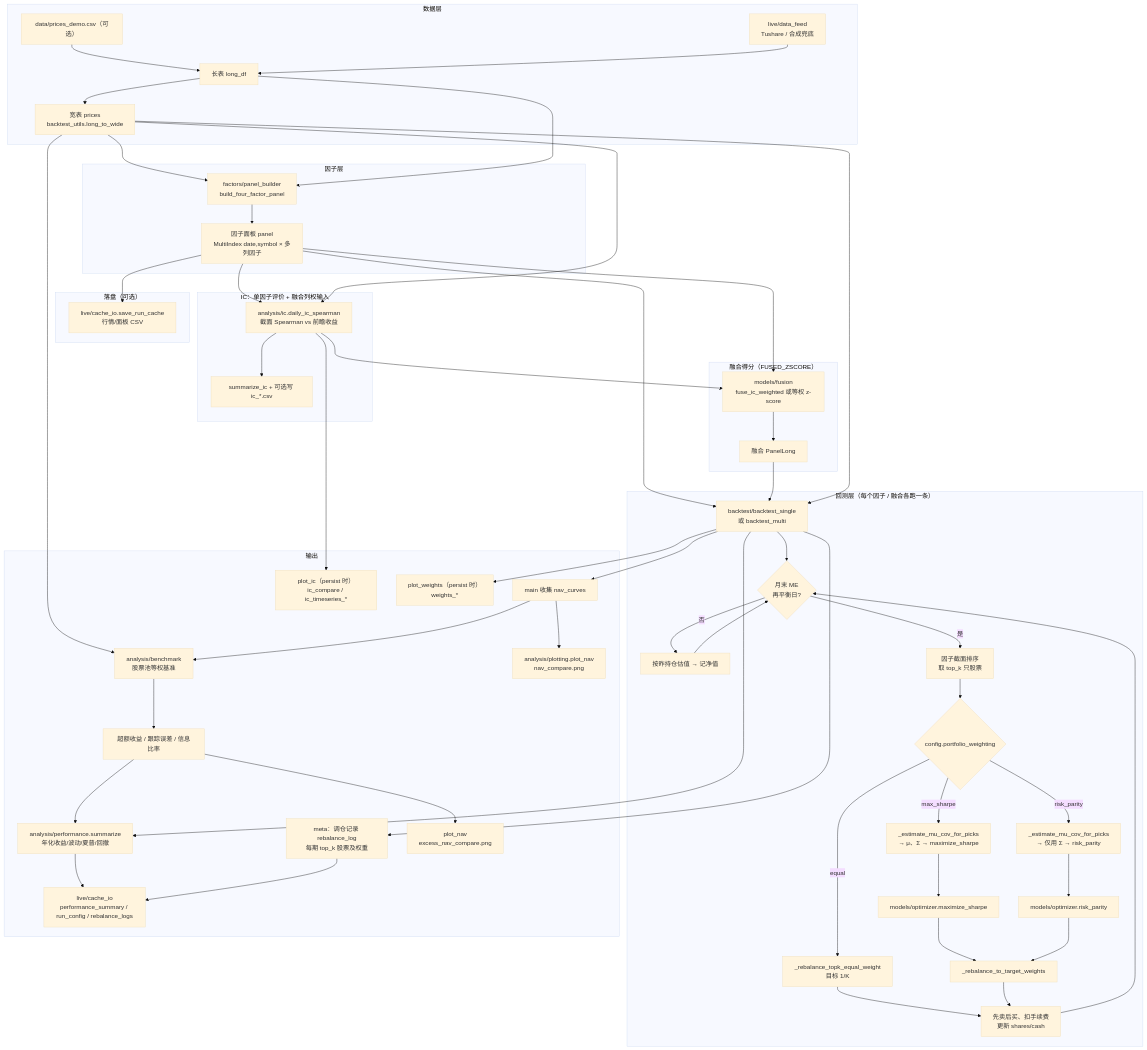
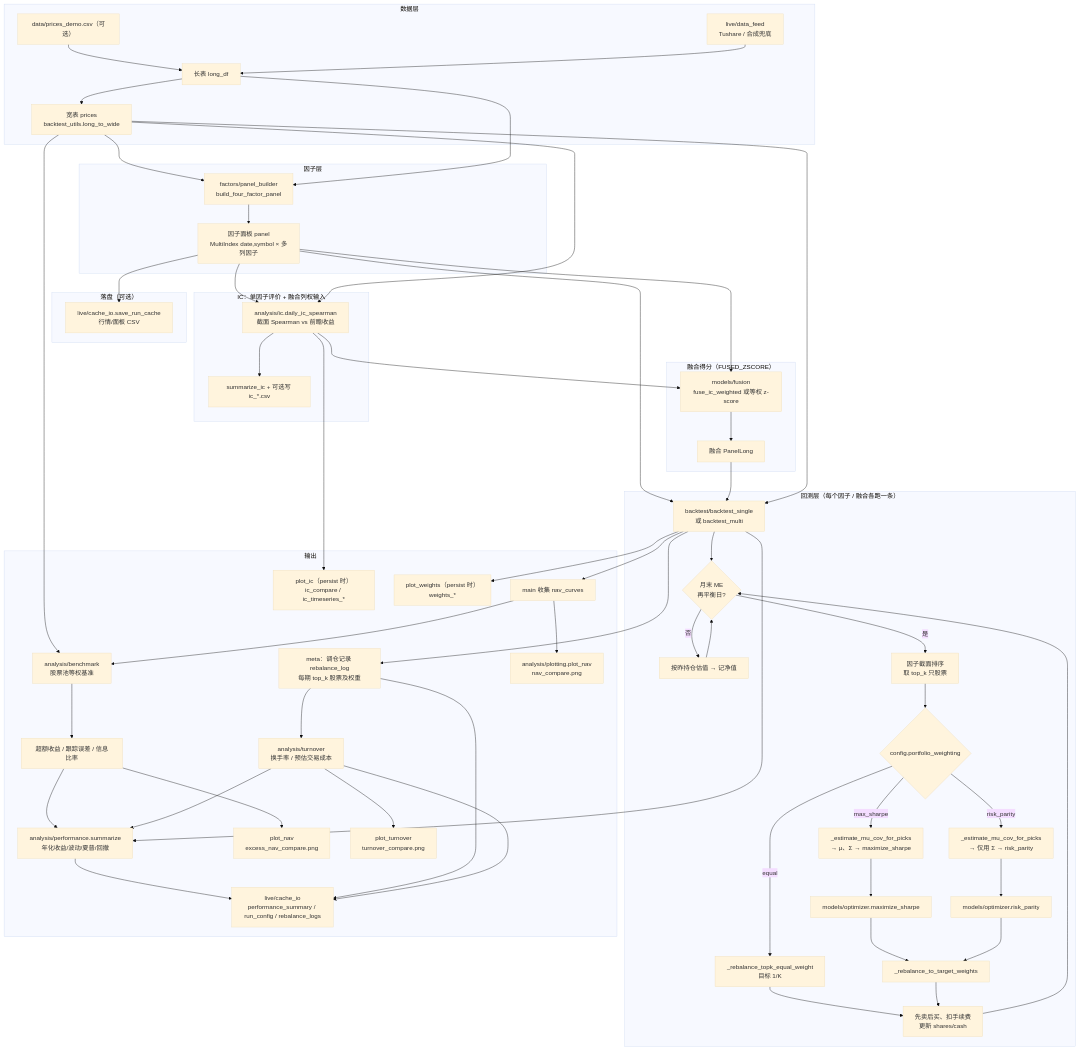
One commit to Mikowong0821/quant_strategy changed the diagram in docs/FLOW_AND_MODULES.md. Above: the diagram before and after it, drawn with Mermaid (base theme). The commit also changed other lines of this file and 24 other files, not shown here.

Commit message:
Add turnover and trading cost analysis

````diff
--- a/docs/FLOW_AND_MODULES.md
+++ b/docs/FLOW_AND_MODULES.md
@@ -9,69 +9,73 @@
 ```mermaid
 flowchart TB
     subgraph data["数据层"]
         CSV["data/prices_demo.csv（可选）"]
         TS["live/data_feed<br/>Tushare / 合成兜底"]
         CSV --> LONG["长表 long_df"]
         TS --> LONG
         LONG --> WIDE["宽表 prices<br/>backtest_utils.long_to_wide"]
     end
 
     subgraph panel["因子层"]
         WIDE --> FB["factors/panel_builder<br/>build_four_factor_panel"]
         LONG --> FB
         FB --> PANEL["因子面板 panel<br/>MultiIndex date,symbol × 多列因子"]
     end
 
     subgraph cache["落盘（可选）"]
         PANEL --> CI["live/cache_io.save_run_cache<br/>行情/面板 CSV"]
     end
 
     subgraph ic_block["IC：单因子评价 + 融合列权输入"]
         PANEL --> IC["analysis/ic.daily_ic_spearman<br/>截面 Spearman vs 前瞻收益"]
         WIDE --> IC
         IC --> ICSUM["summarize_ic + 可选写 ic_*.csv"]
     end
 
     subgraph fusion["融合得分（FUSED_ZSCORE）"]
         PANEL --> FZ["models/fusion<br/>fuse_ic_weighted 或等权 z-score"]
         IC --> FZ
         FZ --> FUSED["融合 PanelLong"]
     end
 
     subgraph bt["回测层（每个因子 / 融合各跑一条）"]
         PANEL --> BT["backtest/backtest_single<br/>或 backtest_multi"]
         FUSED --> BT
         WIDE --> BT
         BT --> RB{"月末 ME<br/>再平衡日?"}
         RB -->|否| NAV1["按昨持仓估值 → 记净值"]
         RB -->|是| TOPK["因子截面排序<br/>取 top_k 只股票"]
         TOPK --> WMODE{"config.portfolio_weighting"}
         WMODE -->|equal| EQ["_rebalance_topk_equal_weight<br/>目标 1/K"]
         WMODE -->|max_sharpe| EST["_estimate_mu_cov_for_picks<br/>→ μ、Σ → maximize_sharpe"]
         EST --> MS["models/optimizer.maximize_sharpe"]
         WMODE -->|risk_parity| EST2["_estimate_mu_cov_for_picks<br/>→ 仅用 Σ → risk_parity"]
         EST2 --> RP["models/optimizer.risk_parity"]
         MS --> TW["_rebalance_to_target_weights"]
         RP --> TW
         EQ --> NAV2["先卖后买、扣手续费<br/>更新 shares/cash"]
         TW --> NAV2
         NAV1 --> RB
         NAV2 --> RB
     end
 
     subgraph out["输出"]
         BT --> PERF["analysis/performance.summarize<br/>年化收益/波动/夏普/回撤"]
         WIDE --> BENCH["analysis/benchmark<br/>股票池等权基准"]
         NAVC --> BENCH
         BENCH --> EXCESS["超额收益 / 跟踪误差 / 信息比率"]
         EXCESS --> PERF
         BT --> META["meta：调仓记录 rebalance_log<br/>每期 top_k 股票及权重"]
+        META --> TO["analysis/turnover<br/>换手率 / 预估交易成本"]
+        TO --> PERF
         PERF --> EXP["live/cache_io<br/>performance_summary / run_config / rebalance_logs"]
         META --> EXP
+        TO --> EXP
         BT --> NAVC["main 收集 nav_curves"]
         NAVC --> PLOT["analysis/plotting.plot_nav<br/>nav_compare.png"]
         EXCESS --> XPLOT["plot_nav<br/>excess_nav_compare.png"]
+        TO --> TPLOT["plot_turnover<br/>turnover_compare.png"]
         IC --> ICFIG["plot_ic（persist 时）<br/>ic_compare / ic_timeseries_*"]
         BT --> WFIG["plot_weights（persist 时）<br/>weights_*"]
     end
 ```
````
